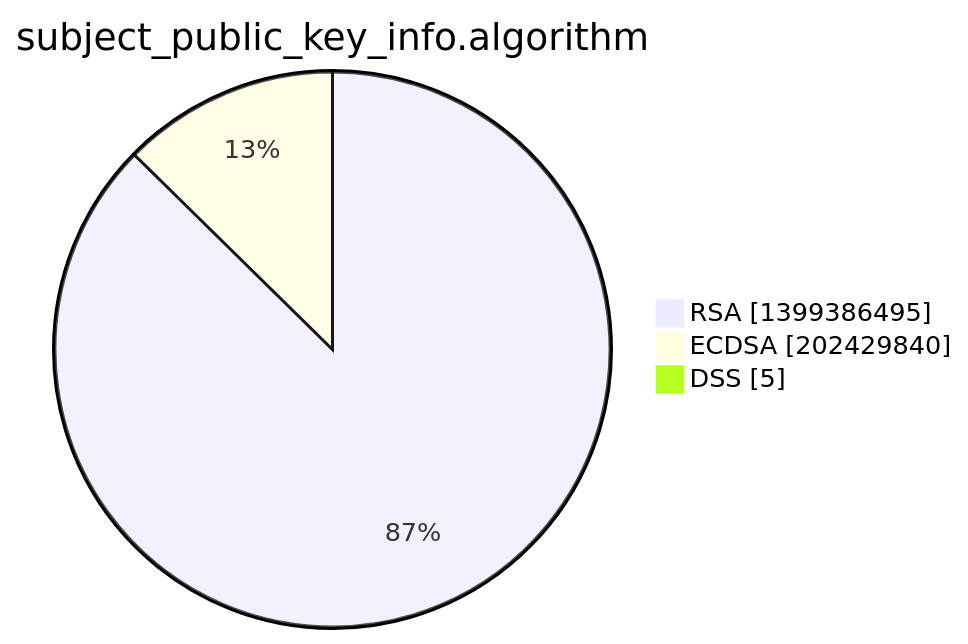
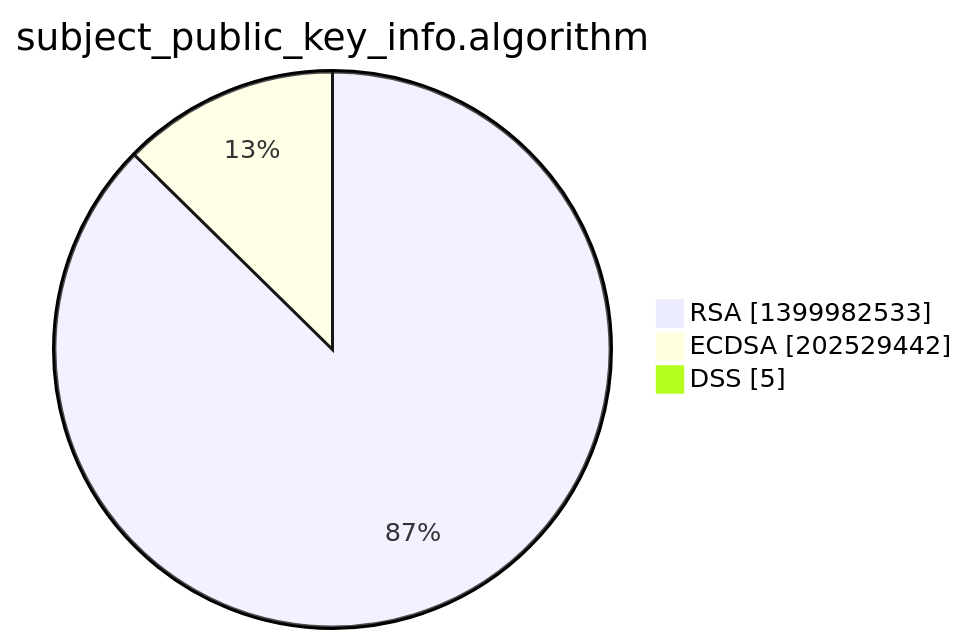
Before and after one commit to christiankrug/ctmonitor_visualization: the third of 15 diagrams in xenon2022/README.md, drawn with Mermaid. The commit also changed other lines of this file, not shown here.

````diff
--- a/xenon2022/README.md
+++ b/xenon2022/README.md
@@ -14,7 +14,7 @@
 ```mermaid
 pie showData
 title subject_public_key_info.algorithm
-"RSA" :1399386495
-"ECDSA" :202429840
+"RSA" :1399982533
+"ECDSA" :202529442
 "DSS" :5
 ```
````
